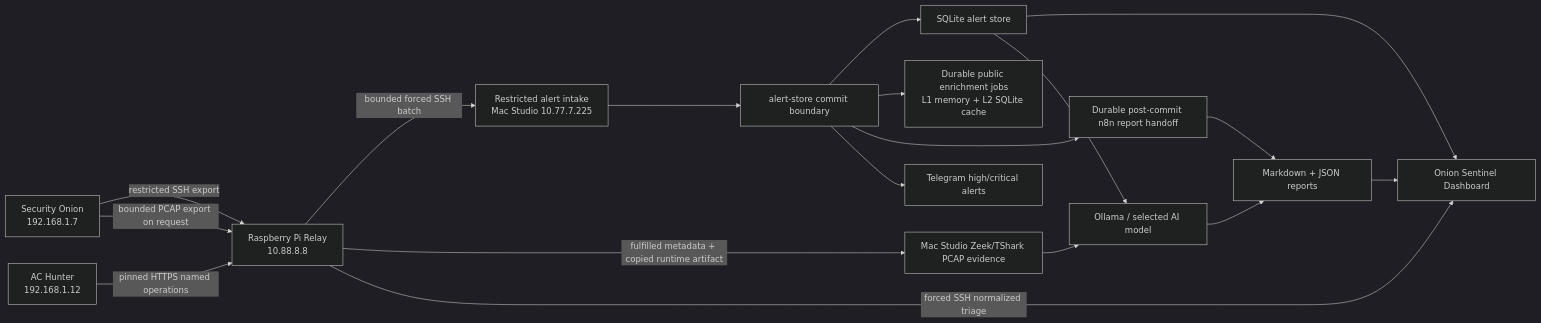
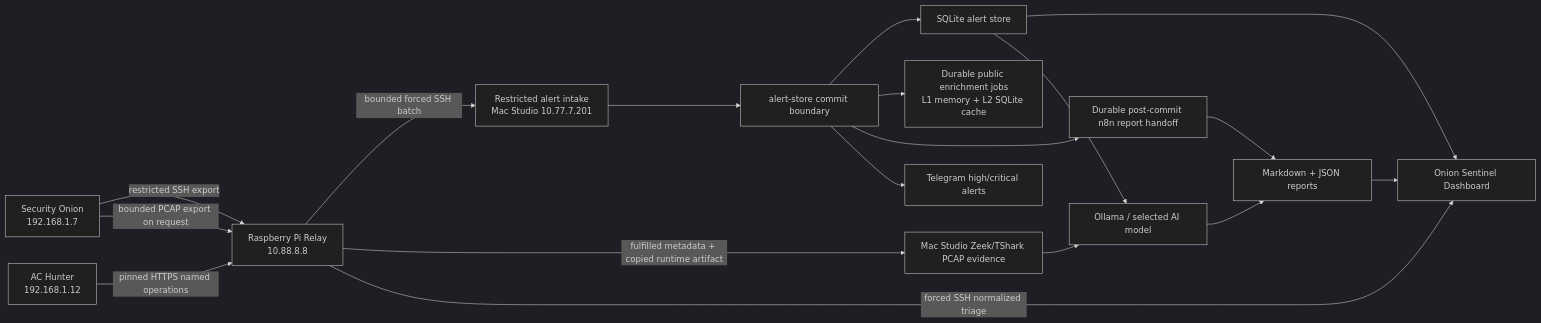
The diagram in README.md (ArronJablonowski/OnionSentinel), drawn with Mermaid (dark theme) before and after one commit. The commit also changed other lines of this file and 84 other files, not shown here.

First line of the commit message:
Improve alert flow, dashboard navigation, and runtime reliability

````diff
--- a/README.md
+++ b/README.md
@@ -9,20 +9,20 @@
 ```mermaid
 flowchart LR
   SO["Security Onion\n192.168.1.7"] -->|restricted SSH export| PI["Raspberry Pi Relay\n10.88.8.8"]
-  PI -->|bounded forced SSH batch| INTAKE["Restricted alert intake\nMac Studio 10.77.7.225"]
+  PI -->|bounded forced SSH batch| INTAKE["Restricted alert intake\nMac Studio 10.77.7.201"]
   INTAKE --> STORE["alert-store commit boundary"]
   STORE --> DB["SQLite alert store"]
   STORE --> ENRICH["Durable public enrichment jobs\nL1 memory + L2 SQLite cache"]
   STORE --> N8N["Durable post-commit n8n report handoff"]
   N8N --> MD["Markdown + JSON reports"]
   STORE --> TG["Telegram high/critical alerts"]
   DB --> UI["Onion Sentinel Dashboard"]
   MD --> UI
   SO -->|bounded PCAP export on request| PI
   PI -->|fulfilled metadata + copied runtime artifact| PCAP["Mac Studio Zeek/TShark PCAP evidence"]
   PCAP --> LLM
   ACH["AC Hunter\n192.168.1.12"] -->|pinned HTTPS named operations| PI
   PI -->|forced SSH normalized triage| UI
   DB --> LLM["Ollama / selected AI model"]
   LLM --> MD
 ```
````
